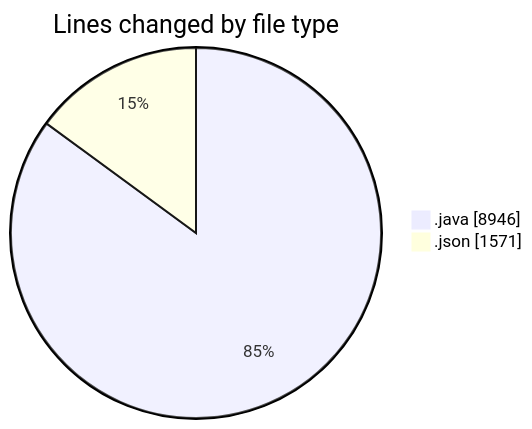
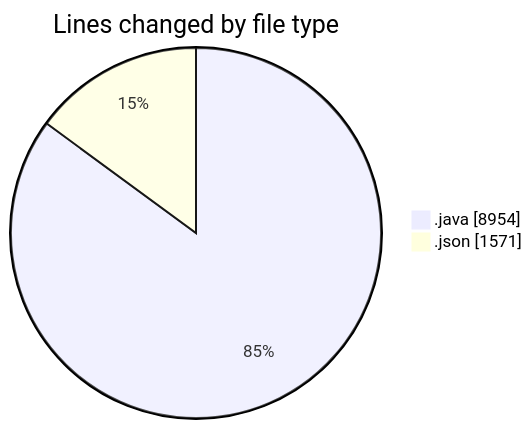
Before and after one commit to ricardozamudiocil/code-tracking: the first of 2 diagrams in 2026-09-03/cilapp/README.md, drawn with Mermaid. The commit also changed other lines of this file and 1 other file, not shown here.

````diff
--- a/2026-09-03/cilapp/README.md
+++ b/2026-09-03/cilapp/README.md
@@ -24,6 +24,6 @@
 ```mermaid
 pie showData
 title Lines changed by file type
-".java" : 8946
+".java" : 8954
 ".json" : 1571
 ```
````
